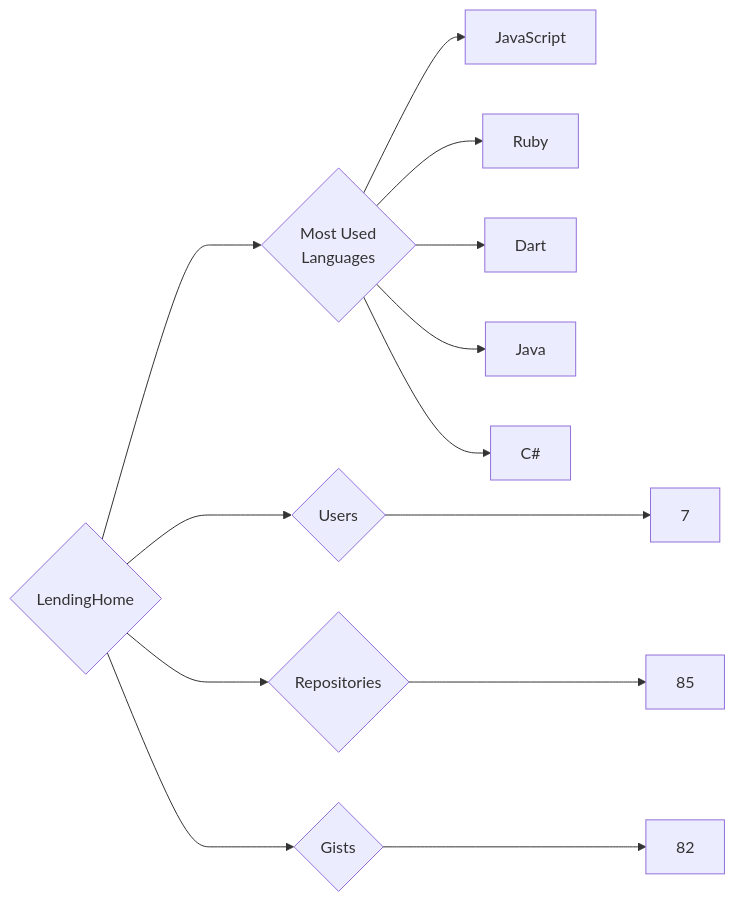
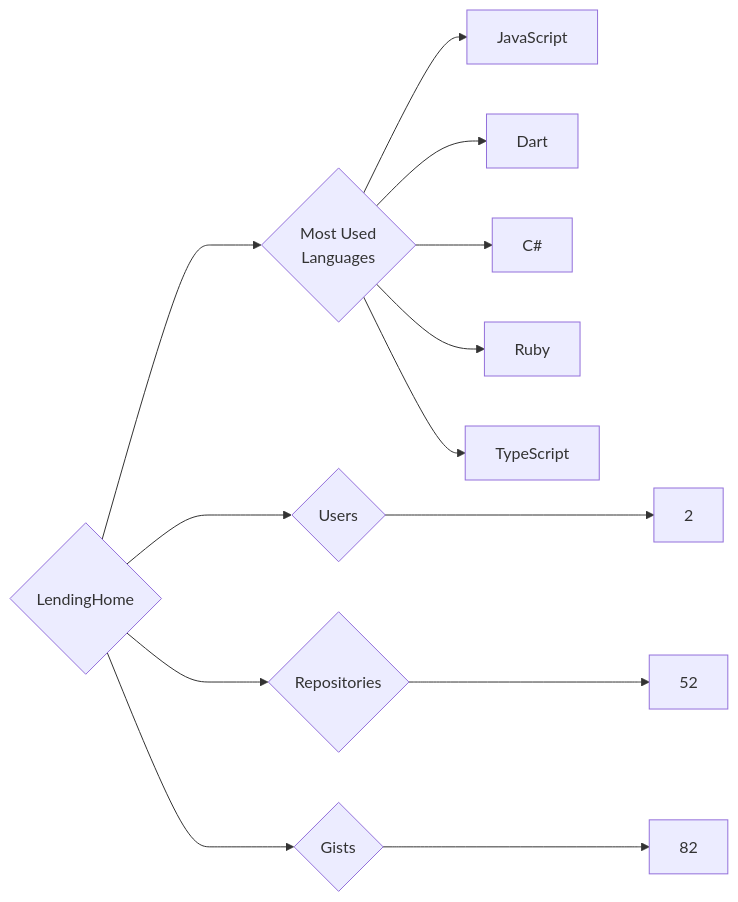
One commit to trickest/insiders changed the diagram in targets/LendingHome/README.md. Above: the diagram before and after it, drawn with Mermaid. The commit also changed 873 other files, not shown here.

````diff
--- a/targets/LendingHome/README.md
+++ b/targets/LendingHome/README.md
@@ -3,13 +3,13 @@
 ```mermaid
 graph LR
 COMPANY_NAME{LendingHome}
-COMPANY_NAME ---> U{Users} ---> UN[7]
-COMPANY_NAME ---> R{Repositories} ---> RN[85]
+COMPANY_NAME ---> U{Users} ---> UN[2]
+COMPANY_NAME ---> R{Repositories} ---> RN[52]
 COMPANY_NAME ---> G{Gists} ---> GN[82]
 COMPANY_NAME ---> ML{Most Used<br>Languages}
 ML --> JavaScript[JavaScript]
+ML --> Dart[Dart]
+ML --> C#[C#]
 ML --> Ruby[Ruby]
-ML --> Dart[Dart]
-ML --> Java[Java]
-ML --> C#[C#]
+ML --> TypeScript[TypeScript]
 ```
````
